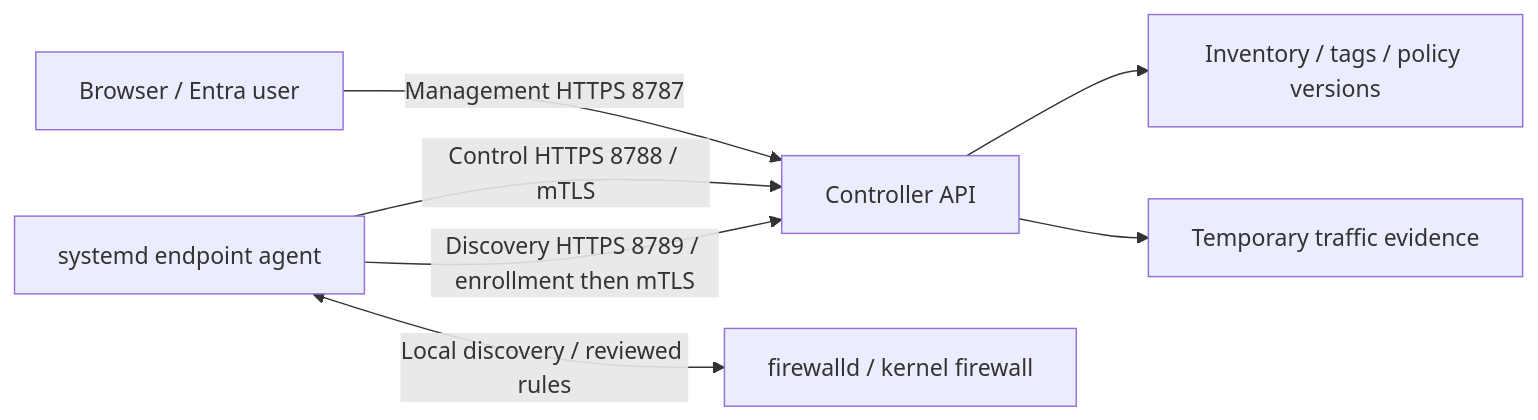
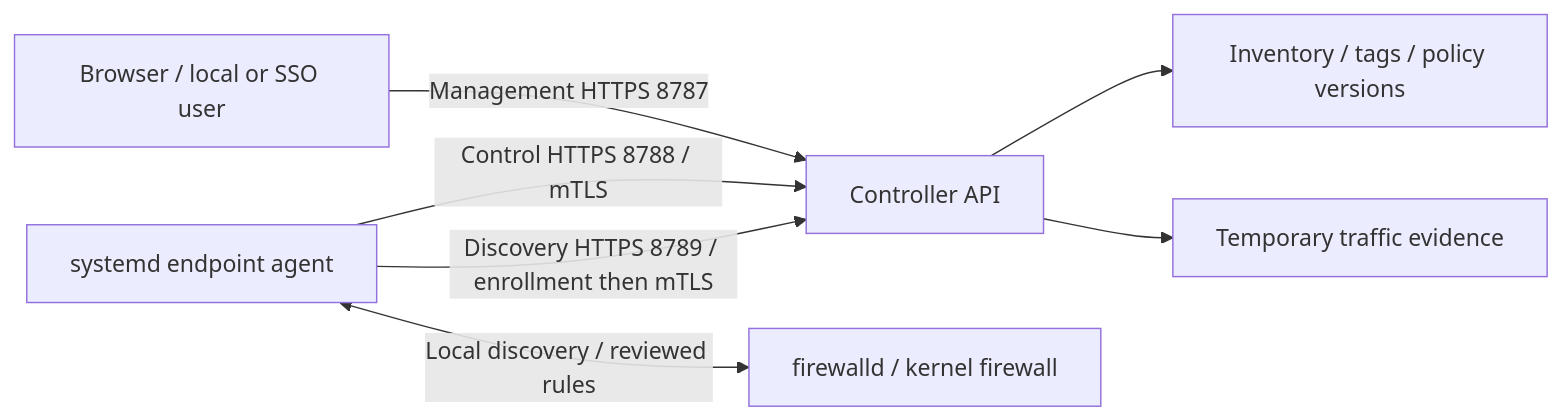
The diagram in docs/pilot-gui-installation.md (everyagelabs/Prrthak), drawn with Mermaid before and after one commit. The commit also changed other lines of this file and 55 other files, not shown here.

Commit message:
Add local accounts and SAML SSO with shared role enforcement

````diff
--- a/docs/pilot-gui-installation.md
+++ b/docs/pilot-gui-installation.md
@@ -44,9 +45,9 @@
 ```mermaid
 flowchart LR
-  Browser["Browser / Entra user"] -->|"Management HTTPS 8787"| API["Controller API"]
+  Browser["Browser / local or SSO user"] -->|"Management HTTPS 8787"| API["Controller API"]
   Agent["systemd endpoint agent"] -->|"Control HTTPS 8788 / mTLS"| API
   Agent -->|"Discovery HTTPS 8789 / enrollment then mTLS"| API
   API --> Meta["Inventory / tags / policy versions"]
   API --> Traffic["Temporary traffic evidence"]
   Agent <-->|"Local discovery / reviewed rules"| FW["firewalld / kernel firewall"]
 ```
````
